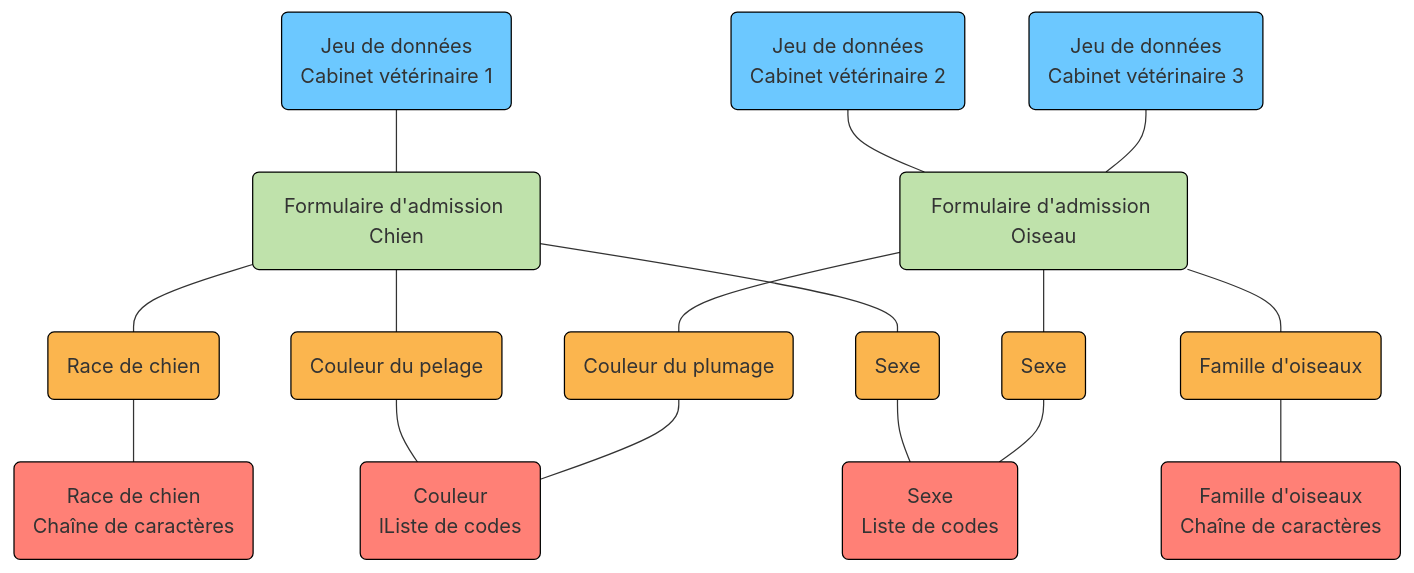
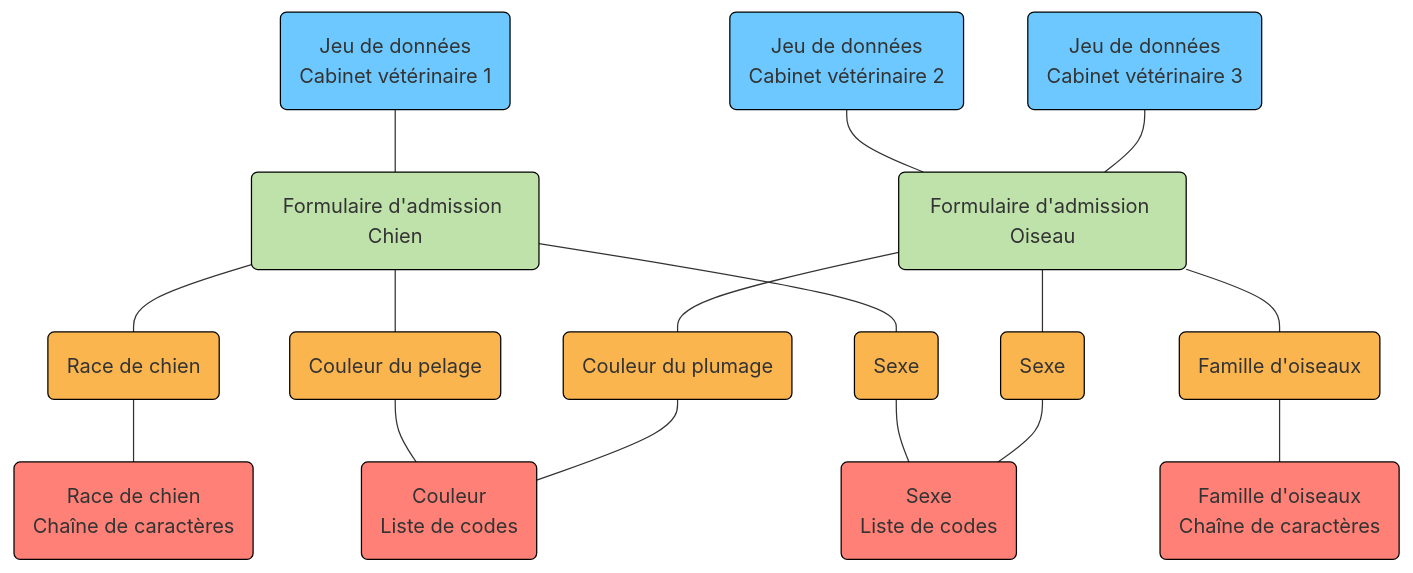
The fourth of 4 diagrams in content/fr/2_rollen_prozesse/3_informationsmodell.md (I14Y-ch/handbook), drawn with Mermaid before and after one commit.

Commit message:
Update 3_informationsmodell.md
Very small typo correction

````diff
--- a/content/fr/2_rollen_prozesse/3_informationsmodell.md
+++ b/content/fr/2_rollen_prozesse/3_informationsmodell.md
@@ -173,73 +173,73 @@
 ```mermaid
     flowchart TD
         dataset1(Jeu de données \nCabinet vétérinaire 1)
         dataset2(Jeu de données \nCabinet vétérinaire 2)
         dataset3(Jeu de données \nCabinet vétérinaire 3)
         structure1(Formulaire d'admission Chien)
         structure2(Formulaire d'admission Oiseau)
         dataelement11(Race de chien)
         dataelement12(Couleur du pelage)
         dataelement13(Sexe)
         dataelement21(Sexe)
         dataelement22(Couleur du plumage)
         dataelement23(Famille d'oiseaux)
         concept1(Race de chien \nChaîne de caractères)
-        concept2(Couleur \nlListe de codes)
+        concept2(Couleur \nListe de codes)
         concept3(Sexe \nListe de codes)
         concept4(Famille d'oiseaux \nChaîne de caractères)
 
         dataset1---structure1
         structure1---dataelement11
         structure1---dataelement12
         structure1---dataelement13
 
         dataset2---structure2
         dataset3---structure2
         structure2---dataelement21 
         structure2---dataelement22 
         structure2---dataelement23 
 
         dataelement11---concept1
         dataelement12---concept2
         dataelement13---concept3
         dataelement21---concept3
         dataelement22---concept2
         dataelement23---concept4
 
 
     style dataset1 fill:#6CC8FF
     style dataset1 stroke:black
     style dataset2 fill:#6CC8FF
     style dataset2 stroke:black
     style dataset3 fill:#6CC8FF
     style dataset3 stroke:black
 
     style structure1 fill:#Bfe2ab
     style structure1 stroke:black
     style structure2 fill:#Bfe2ab
     style structure2 stroke:black
 
     style concept1 fill:#Ff8076
     style concept1 stroke:black
     style concept2 fill:#Ff8076
     style concept2 stroke:black
     style concept3 fill:#Ff8076
     style concept3 stroke:black
     style concept4 fill:#Ff8076
     style concept4 stroke:black
 
     style dataelement11 fill:#Fbb54e
     style dataelement11 stroke:black
     style dataelement12 fill:#Fbb54e
     style dataelement12 stroke:black
     style dataelement13 fill:#Fbb54e
     style dataelement13 stroke:black
 
     style dataelement21 fill:#Fbb54e
     style dataelement21 stroke:black
     style dataelement22 fill:#Fbb54e
     style dataelement22 stroke:black
     style dataelement23 fill:#Fbb54e
     style dataelement23 stroke:black
 
 ```
````
